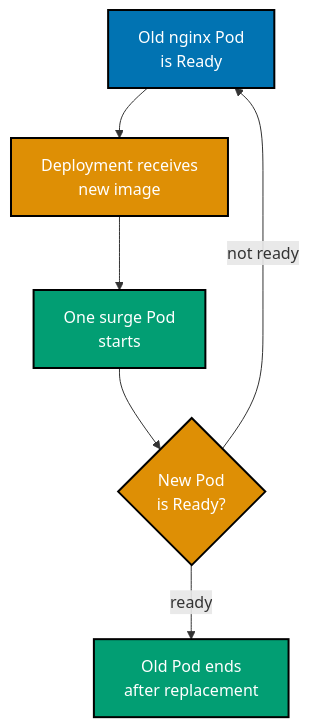
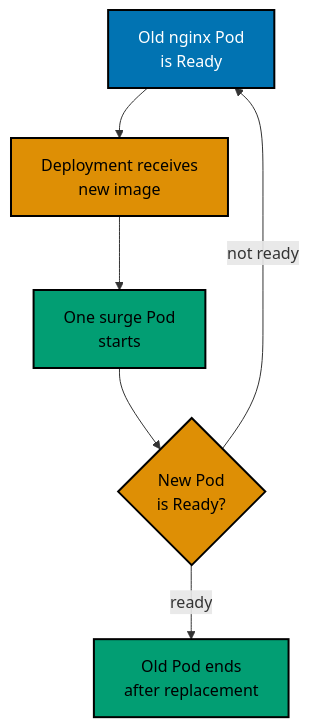
Before and after one commit to wahidyankf/ose-public: the ninth of 17 diagrams in apps/ayokoding-www/content/en/learn/courses/containers-and-orchestration/learning/intermediate.md, drawn with Mermaid. The commit also changed other lines of this file and 144 other files, not shown here.

First line of the commit message:
fix(mermaid): bring the first half of the courses diagrams onto the accessible palette

````diff
--- a/apps/ayokoding-www/content/en/learn/courses/containers-and-orchestration/learning/intermediate.md
+++ b/apps/ayokoding-www/content/en/learn/courses/containers-and-orchestration/learning/intermediate.md
@@ -547,16 +571,19 @@
 ```mermaid
 %% Color Palette: Blue #0173B2, Orange #DE8F05, Teal #029E73; color-blind friendly WCAG AA palette
 %% TD expresses the sequential rollout stages while preserving their causal order.
 graph TD
+    accTitle: Example 39: Rolling update
+    accDescr: Graph with 5 nodes and 5 connections. Nodes: Old nginx Pod is Ready, Deployment receives new image, One surge Pod starts, New Pod is Ready?, Old Pod ends after replacement. Connections: Old nginx Pod is Ready to Deployment receives new image, Deployment receives new image to One surge Pod starts, One surge Pod starts to New Pod is Ready?, New Pod is Ready? to Old Pod ends after replacement (ready), New Pod is Ready? to Old nginx Pod is Ready (not ready).
     O["Old nginx Pod<br/>is Ready"]:::blue
     U["Deployment receives<br/>new image"]:::orange
     N["One surge Pod<br/>starts"]:::teal
     R{"New Pod<br/>is Ready?"}:::orange
     X["Old Pod ends<br/>after replacement"]:::teal
     O --> U --> N --> R
     R -->|"ready"| X
     R -->|"not ready"| O
     classDef blue fill:#0173B2,stroke:#000000,color:#FFFFFF,stroke-width:2px
-    classDef teal fill:#029E73,stroke:#000000,color:#FFFFFF,stroke-width:2px
-    classDef orange fill:#DE8F05,stroke:#000000,color:#FFFFFF,stroke-width:2px
+    classDef teal fill:#029E73,stroke:#000000,color:#000000,stroke-width:2px
+    classDef orange fill:#DE8F05,stroke:#000000,color:#000000,stroke-width:2px
+    classDef default fill:#FFFFFF,stroke:#000000,color:#000000
 ```
````
